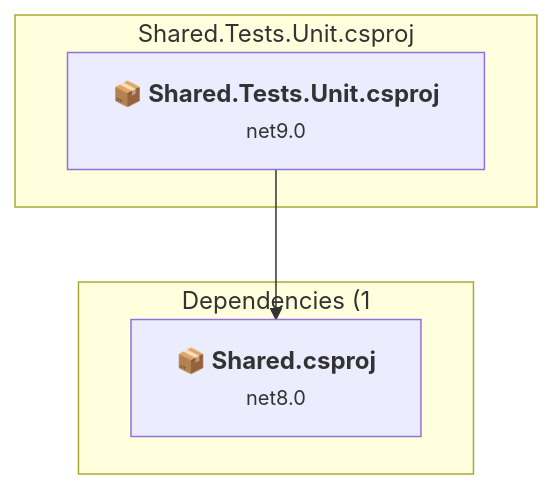
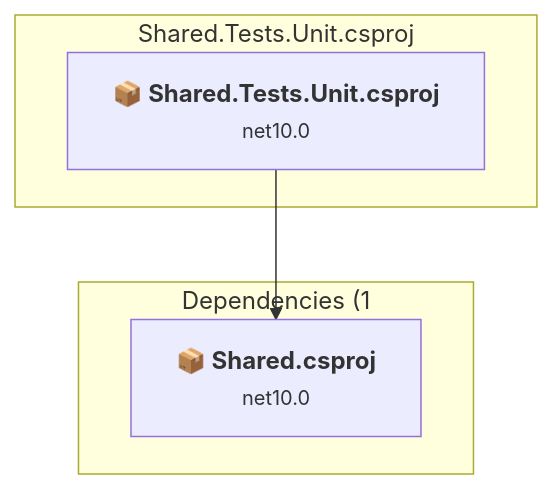
The eighth of 10 diagrams in .github/upgrades/assessment.md (mpaulosky/ArticlesSite), drawn with Mermaid before and after one commit. The commit also changed other lines of this file and 11 other files, not shown here.

````diff
--- a/.github/upgrades/assessment.md
+++ b/.github/upgrades/assessment.md
@@ -426,13 +419,13 @@
 ```mermaid
 flowchart TB
     subgraph current["Shared.Tests.Unit.csproj"]
-        MAIN["<b>📦&nbsp;Shared.Tests.Unit.csproj</b><br/><small>net9.0</small>"]
+        MAIN["<b>📦&nbsp;Shared.Tests.Unit.csproj</b><br/><small>net10.0</small>"]
         click MAIN "#testssharedtestsunitsharedtestsunitcsproj"
     end
     subgraph downstream["Dependencies (1"]
-        P4["<b>📦&nbsp;Shared.csproj</b><br/><small>net8.0</small>"]
+        P4["<b>📦&nbsp;Shared.csproj</b><br/><small>net10.0</small>"]
         click P4 "#srcsharedsharedcsproj"
     end
     MAIN --> P4
 
 ```
````
